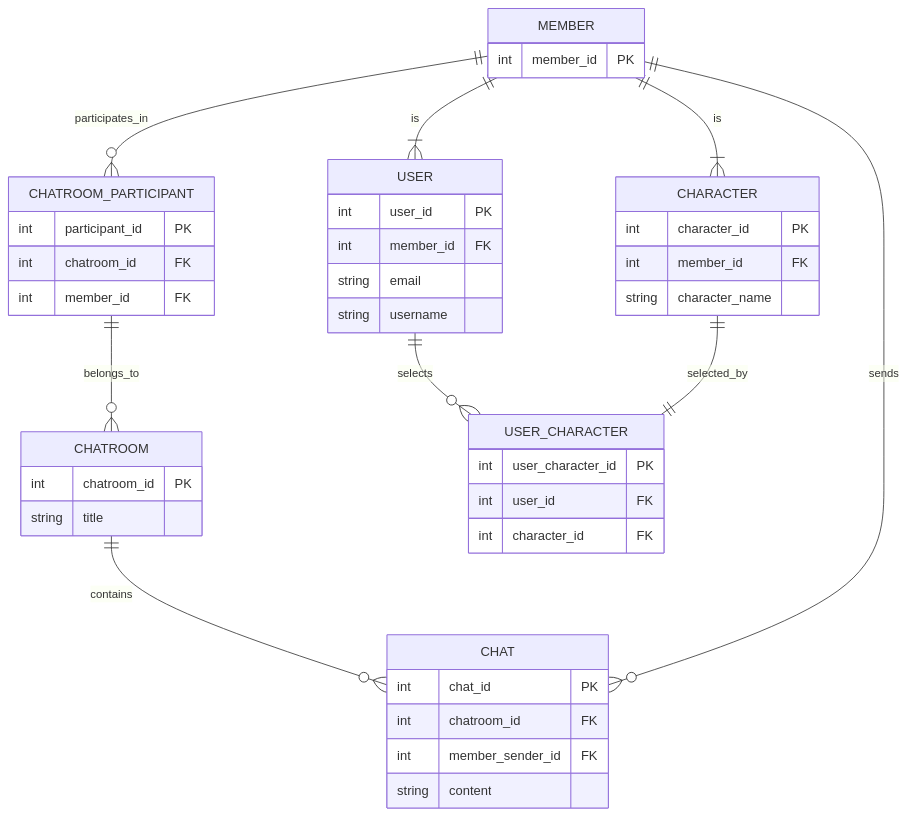
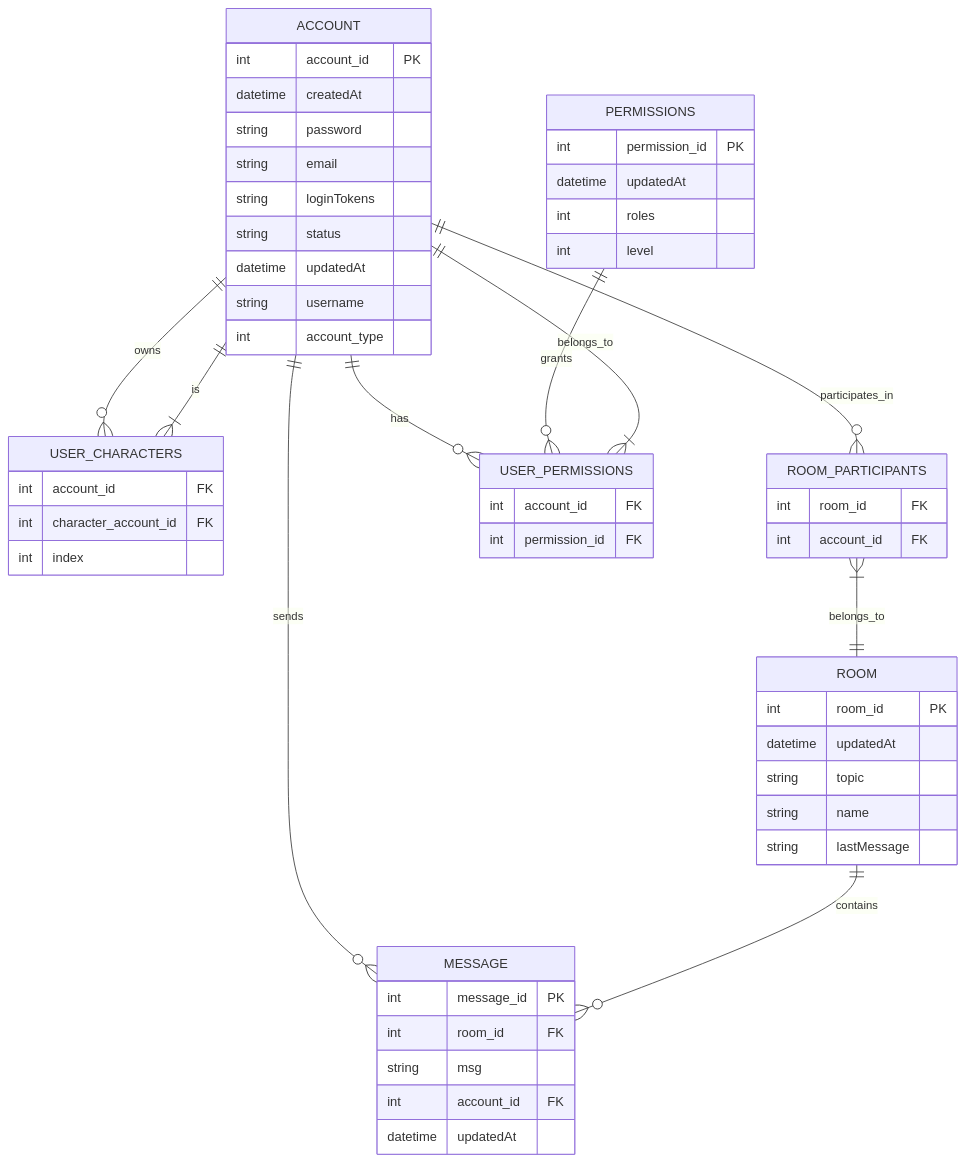
One commit to honmaharuki/SummonBell changed the diagram in docs/TABLE_DEFINITION.md. Above: the diagram before and after it, drawn with Mermaid. The commit also changed other lines of this file and 43 other files, not shown here.

````diff
--- a/docs/TABLE_DEFINITION.md
+++ b/docs/TABLE_DEFINITION.md
@@ -16,52 +15,57 @@
 ```mermaid
 erDiagram
-    MEMBER ||--|{ USER : is
-    MEMBER ||--|{ CHARACTER : is
-    MEMBER ||--o{ CHATROOM_PARTICIPANT : participates_in
-    CHATROOM_PARTICIPANT ||--o{ CHATROOM : belongs_to
-    CHATROOM ||--o{ CHAT : contains
-    MEMBER ||--o{ CHAT : sends
-    USER ||--o{ USER_CHARACTER : selects
-    CHARACTER ||--|| USER_CHARACTER : selected_by
+    ACCOUNT ||--o{ USER_CHARACTERS : owns
+    USER_CHARACTERS }|--|| ACCOUNT : is
+    ACCOUNT ||--o{ ROOM_PARTICIPANTS : participates_in
+    ROOM_PARTICIPANTS }|--|| ROOM : belongs_to
+    ACCOUNT ||--o{ MESSAGE : sends
+    ROOM ||--o{ MESSAGE : contains
+    ACCOUNT ||--o{ USER_PERMISSIONS : has
+    PERMISSIONS ||--o{ USER_PERMISSIONS : grants
+    USER_PERMISSIONS }|--|| ACCOUNT : belongs_to
 
-    MEMBER {
-        int member_id PK
+    ACCOUNT {
+        int account_id PK
+        datetime createdAt
+        string password
+        string email
+        string loginTokens
+        string status
+        datetime updatedAt
+        string username
+        int account_type
     }
-
-    USER {
-        int user_id PK
-        int member_id FK
-        string email
-        string username
+    USER_CHARACTERS {
+        int account_id FK
+        int character_account_id FK
+        int index
     }
-
-    CHARACTER {
-        int character_id PK
-        int member_id FK
-        string character_name
+    ROOM {
+        int room_id PK
+        datetime updatedAt
+        string topic
+        string name
+        string lastMessage
     }
-
-    USER_CHARACTER {
-        int user_character_id PK
-        int user_id FK
-        int character_id FK
+    ROOM_PARTICIPANTS {
+        int room_id FK
+        int account_id FK
     }
-
-    CHATROOM {
-        int chatroom_id PK
-        string title
+    MESSAGE {
+        int message_id PK
+        int room_id FK
+        string msg
+        int account_id FK
+        datetime updatedAt
     }
-
-    CHATROOM_PARTICIPANT {
-        int participant_id PK
-        int chatroom_id FK
-        int member_id FK
+    PERMISSIONS {
+        int permission_id PK
+        datetime updatedAt
+        int roles
+        int level
     }
-
-    CHAT {
-        int chat_id PK
-        int chatroom_id FK
-        int member_sender_id FK
-        string content
+    USER_PERMISSIONS {
+        int account_id FK
+        int permission_id FK
     }
 ```
````
